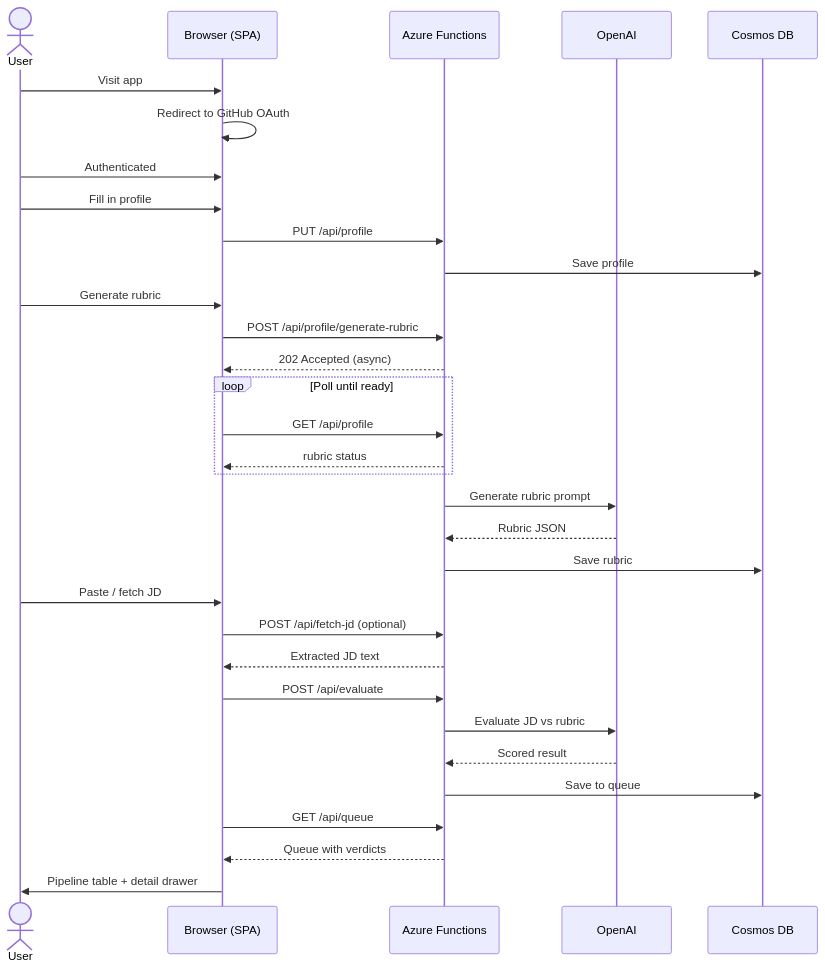
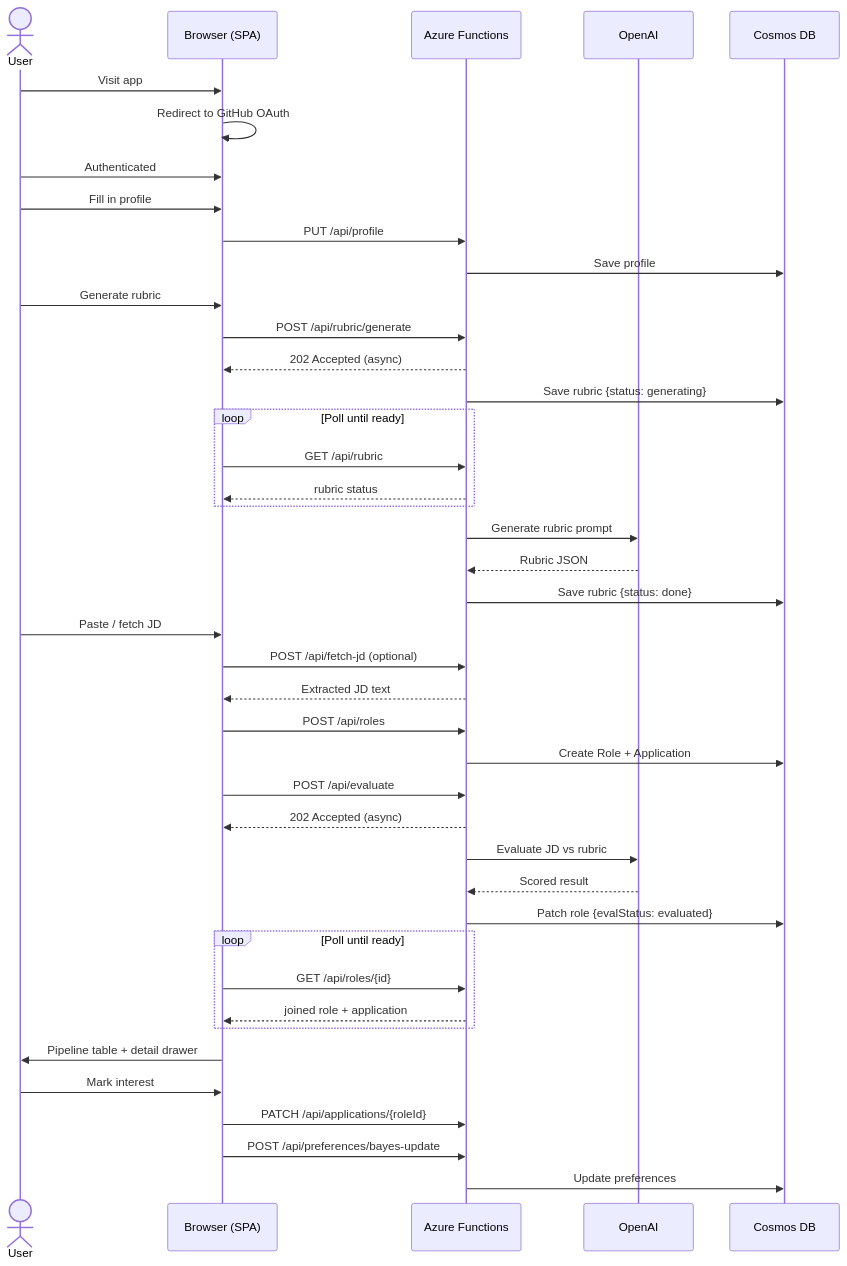
One commit to codexsameen/job-role-evaluator changed the second of 2 diagrams in README.md. Above: the diagram before and after it, drawn with Mermaid. The commit also changed other lines of this file, not shown here.

````diff
--- a/README.md
+++ b/README.md
@@ -73,39 +103,50 @@
 ```mermaid
 sequenceDiagram
     actor User
     participant SPA as Browser (SPA)
     participant API as Azure Functions
     participant AI as OpenAI
     participant DB as Cosmos DB
 
     User->>SPA: Visit app
     SPA->>SPA: Redirect to GitHub OAuth
     User->>SPA: Authenticated
 
     User->>SPA: Fill in profile
     SPA->>API: PUT /api/profile
     API->>DB: Save profile
 
     User->>SPA: Generate rubric
-    SPA->>API: POST /api/profile/generate-rubric
+    SPA->>API: POST /api/rubric/generate
     API-->>SPA: 202 Accepted (async)
+    API->>DB: Save rubric {status: generating}
     loop Poll until ready
-        SPA->>API: GET /api/profile
+        SPA->>API: GET /api/rubric
         API-->>SPA: rubric status
     end
     API->>AI: Generate rubric prompt
     AI-->>API: Rubric JSON
-    API->>DB: Save rubric
+    API->>DB: Save rubric {status: done}
 
     User->>SPA: Paste / fetch JD
     SPA->>API: POST /api/fetch-jd (optional)
     API-->>SPA: Extracted JD text
+    SPA->>API: POST /api/roles
+    API->>DB: Create Role + Application
     SPA->>API: POST /api/evaluate
+    API-->>SPA: 202 Accepted (async)
     API->>AI: Evaluate JD vs rubric
     AI-->>API: Scored result
-    API->>DB: Save to queue
+    API->>DB: Patch role {evalStatus: evaluated}
+    loop Poll until ready
+        SPA->>API: GET /api/roles/{id}
+        API-->>SPA: joined role + application
+    end
 
-    SPA->>API: GET /api/queue
-    API-->>SPA: Queue with verdicts
     SPA->>User: Pipeline table + detail drawer
+
+    User->>SPA: Mark interest
+    SPA->>API: PATCH /api/applications/{roleId}
+    SPA->>API: POST /api/preferences/bayes-update
+    API->>DB: Update preferences
 ```
````
